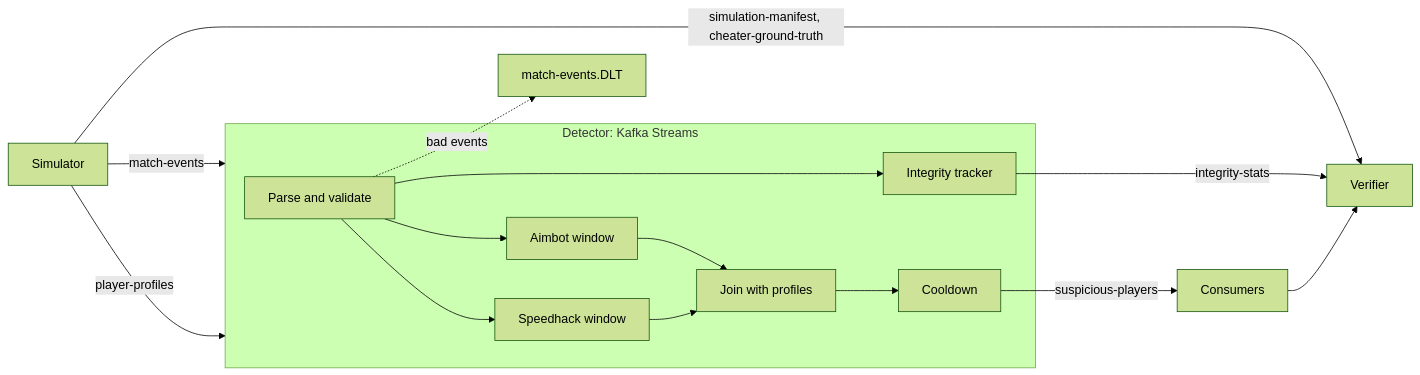
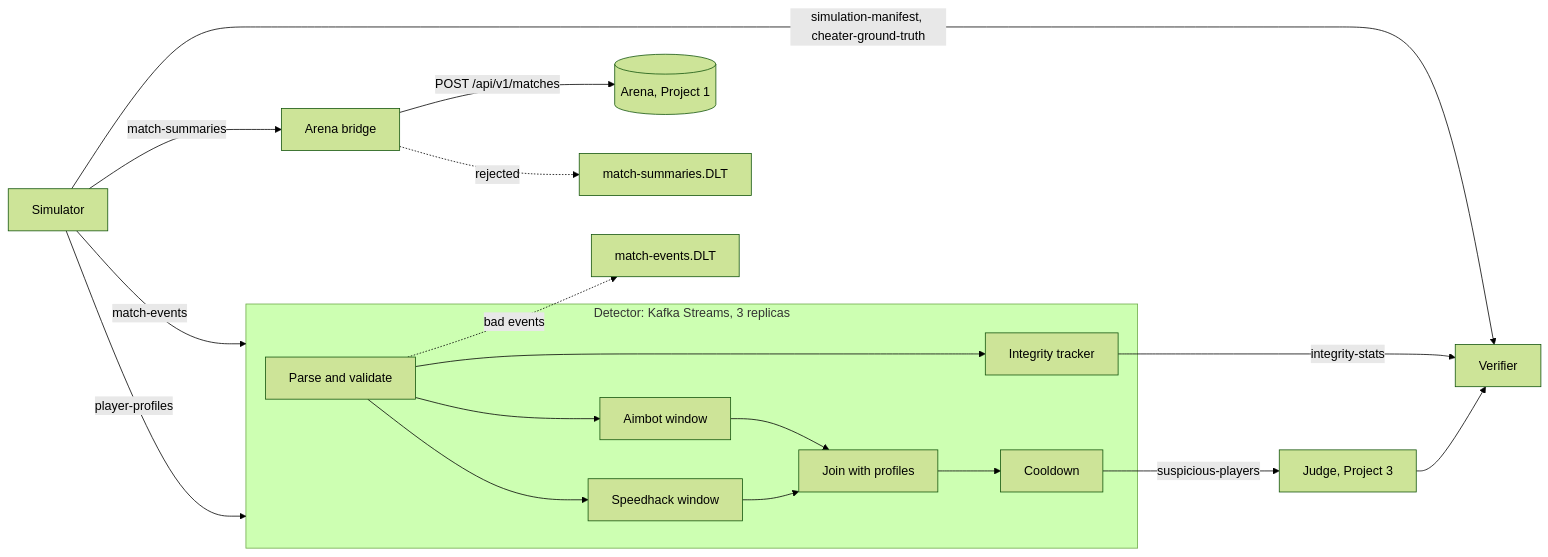
One commit to ArghadeepMisra/player-simulation changed the diagram in README.md. Above: the diagram before and after it, drawn with Mermaid (forest theme). The commit also changed other lines of this file and 60 other files, not shown here.

````diff
--- a/README.md
+++ b/README.md
@@ -16,18 +19,21 @@
 ```mermaid
 flowchart LR
     SIM[Simulator] -->|match-events| DET
     SIM -->|player-profiles| DET
+    SIM -->|match-summaries| BR[Arena bridge]
+    BR -->|POST /api/v1/matches| ARENA[(Arena, Project 1)]
+    BR -.->|rejected| SDLT[match-summaries.DLT]
     SIM -->|simulation-manifest, cheater-ground-truth| VER[Verifier]
-    subgraph DET[Detector: Kafka Streams]
+    subgraph DET[Detector: Kafka Streams, 3 replicas]
         P[Parse and validate] --> I[Integrity tracker]
         P --> A[Aimbot window]
         P --> S[Speedhack window]
         A --> J[Join with profiles]
         S --> J
         J --> C[Cooldown]
     end
     P -.->|bad events| DLT[match-events.DLT]
-    C -->|suspicious-players| OUT[Consumers]
+    C -->|suspicious-players| OUT[Judge, Project 3]
     I -->|integrity-stats| VER
     OUT --> VER
 ```
````
